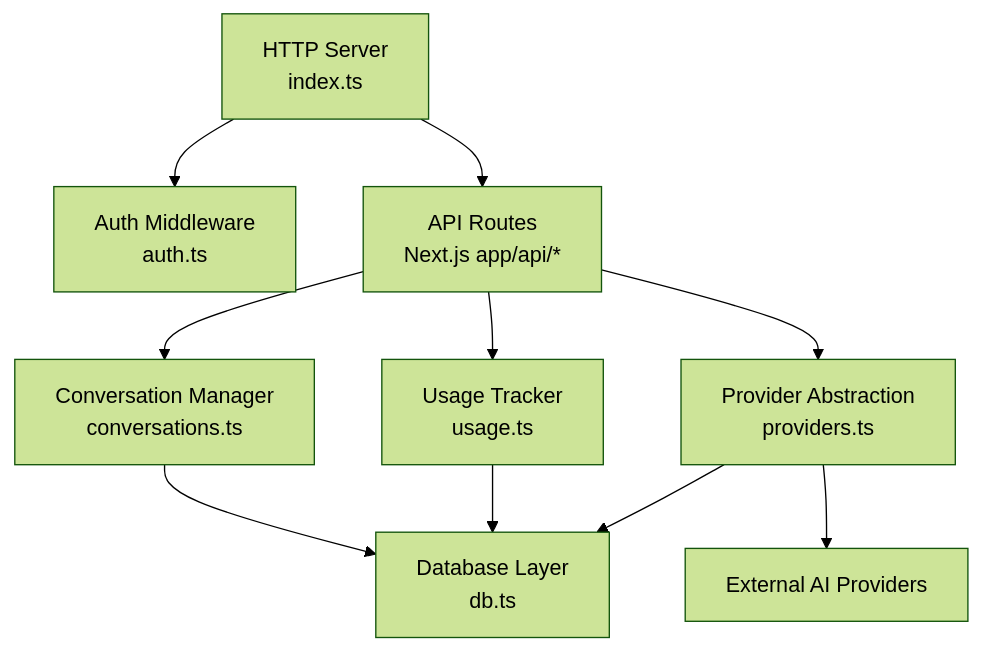
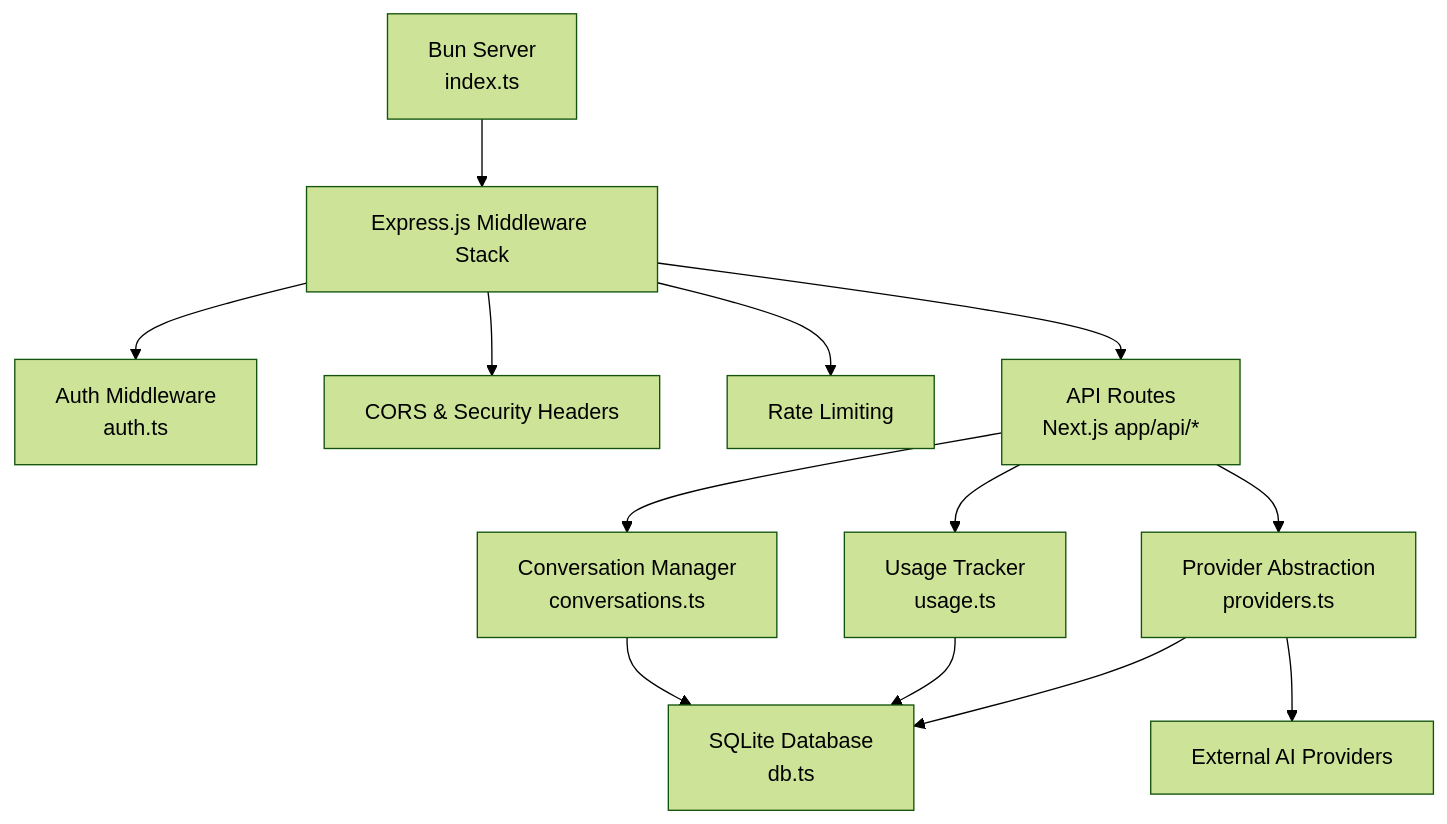
The first of 10 diagrams in .qoder/repowiki/en/content/Backend Architecture/Backend Architecture.md (HassanAmeer/cheaprouter), drawn with Mermaid (forest theme) before and after one commit. The commit also changed other lines of this file and 54 other files, not shown here.

````diff
--- a/.qoder/repowiki/en/content/Backend Architecture/Backend Architecture.md
+++ b/.qoder/repowiki/en/content/Backend Architecture/Backend Architecture.md
@@ -38,12 +47,15 @@
 ```mermaid
 graph TB
-A["HTTP Server<br/>index.ts"] --> B["Auth Middleware<br/>auth.ts"]
-A --> C["API Routes<br/>Next.js app/api/*"]
-C --> D["Conversation Manager<br/>conversations.ts"]
-C --> E["Usage Tracker<br/>usage.ts"]
-C --> F["Provider Abstraction<br/>providers.ts"]
-D --> G["Database Layer<br/>db.ts"]
-E --> G
-F --> G
-F --> H["External AI Providers"]
+A["Bun Server<br/>index.ts"] --> B["Express.js Middleware Stack"]
+B --> C["Auth Middleware<br/>auth.ts"]
+B --> D["CORS & Security Headers"]
+B --> E["Rate Limiting"]
+B --> F["API Routes<br/>Next.js app/api/*"]
+F --> G["Conversation Manager<br/>conversations.ts"]
+F --> H["Usage Tracker<br/>usage.ts"]
+F --> I["Provider Abstraction<br/>providers.ts"]
+G --> J["SQLite Database<br/>db.ts"]
+H --> J
+I --> J
+I --> K["External AI Providers"]
 ```
````
